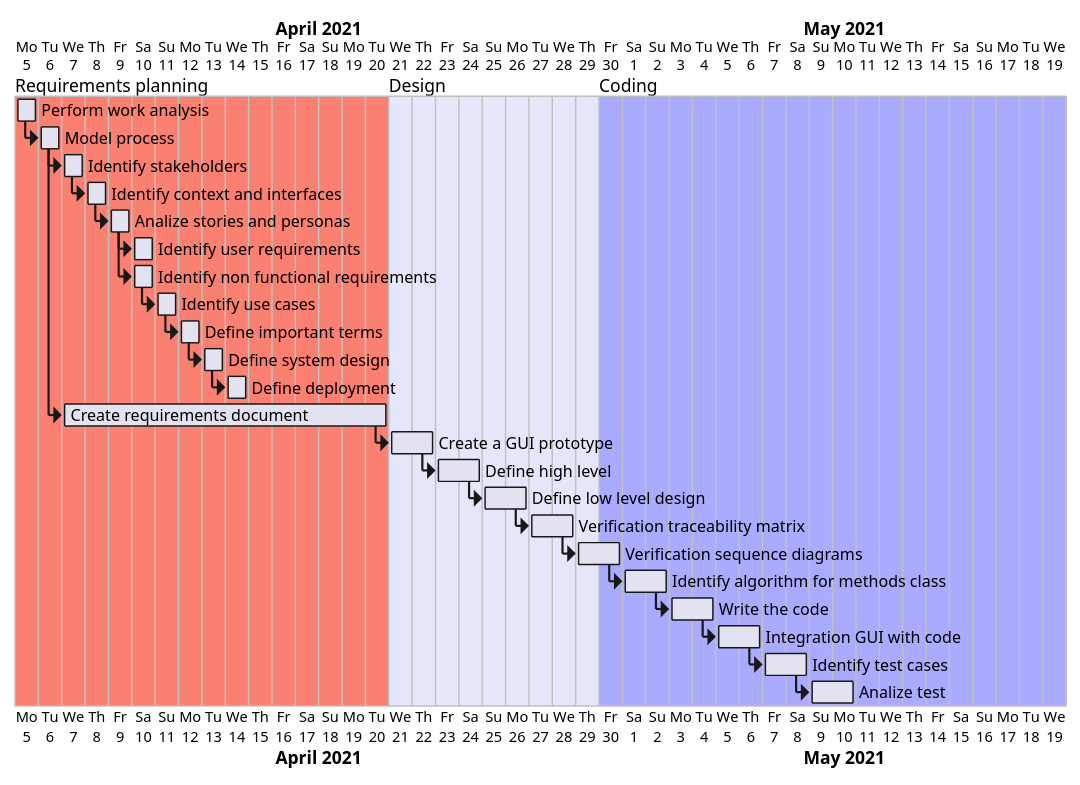
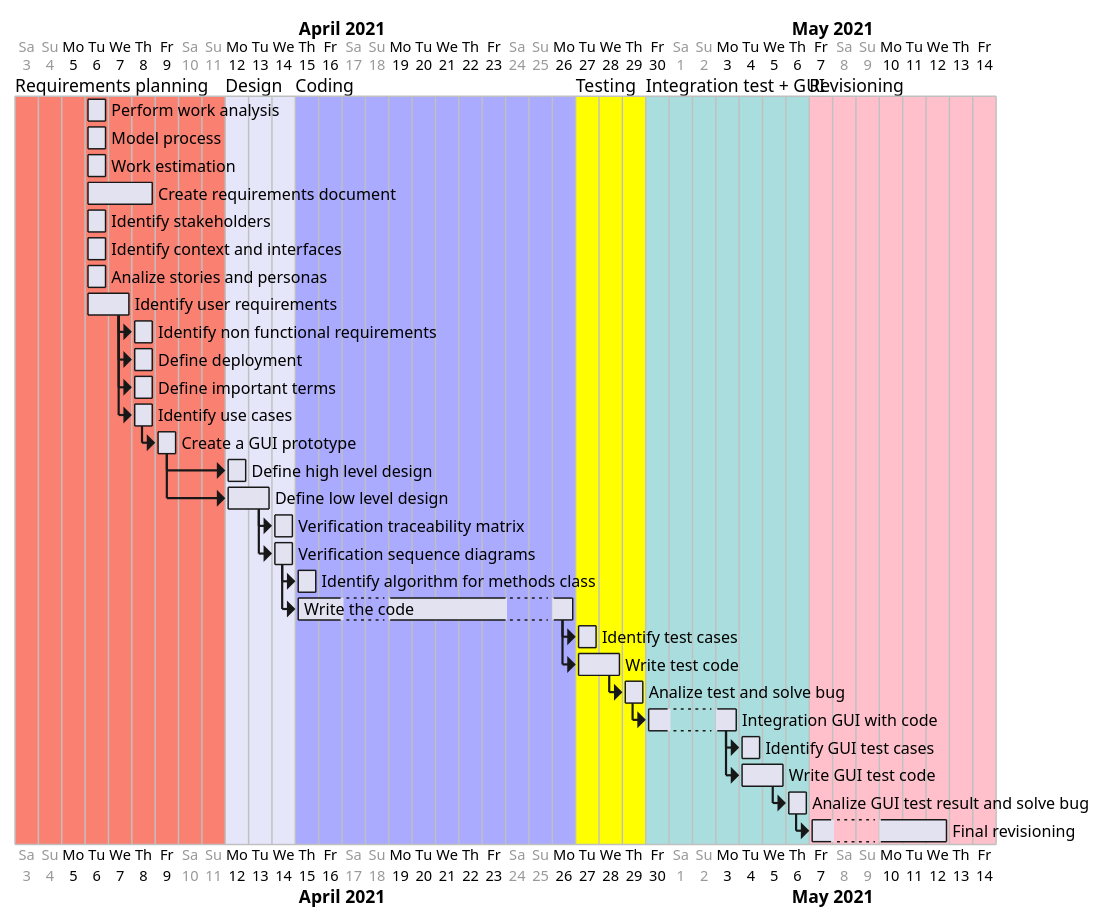
One commit to Ralls0/ezshop changed the diagram in Deliverables/gantt.wsd. Above: the diagram before and after it, drawn with PlantUML. The commit also changed 1 other file, not shown here.

Commit message:
docs: add gantt and Estimation by activity

```diff
--- a/Deliverables/gantt.wsd
+++ b/Deliverables/gantt.wsd
@@ -1,54 +1,78 @@
 @startgantt
-Project starts the 5th of april 2021
-2021-04-05 to 2021-04-21 are named [Requirements planning]
-2021-04-05 to 2021-04-21 are colored in salmon 
-2021-04-21 to 2021-04-30 are named [Design]
-2021-04-21 to 2021-04-30 are colored in Lavender
-2021-04-30 to 2021-05-19 are named [Coding]
-2021-04-30 to 2021-05-19 are colored in #AAF
+Project starts the 3th of april 2021
 
-[Perform work analysis] lasts 1 days
-[Model process] lasts 1 days
-[Identify stakeholders] lasts 1 days
-[Identify context and interfaces] lasts 1 days
-[Analize stories and personas] lasts 1 days
-[Identify user requirements] lasts 1 days
+saturday are closed
+sunday are closed
+
+2021-04-03 to 2021-04-12 are named [Requirements planning]
+2021-04-03 to 2021-04-12 are colored in salmon 
+
+2021-04-12 to 2021-04-15 are named [Design]
+2021-04-12 to 2021-04-15 are colored in Lavender
+
+2021-04-15 to 2021-04-27 are named [Coding]
+2021-04-15 to 2021-04-27 are colored in #AAF
+
+2021-04-27 to 2021-04-30 are named [Testing]
+2021-04-27 to 2021-04-30 are colored in Yellow
+
+2021-04-30 to 2021-05-07 are named [Integration test + GUI]
+2021-04-30 to 2021-05-07 are colored in #ADD
+
+2021-05-07 to 2021-05-14 are named [Revisioning]
+2021-05-07 to 2021-05-14 are colored in Pink
+
+
+[Perform work analysis] starts 2021-04-06 and lasts 1 days
+[Model process] starts 2021-04-06 and lasts 1 days
+[Work estimation] starts 2021-04-06 and lasts 1 days 
+[Create requirements document] starts 2021-04-06 and lasts 3 days
+[Identify stakeholders] starts 2021-04-06 and lasts 1 days
+[Identify context and interfaces] starts 2021-04-06 and lasts 1 days
+[Analize stories and personas] starts 2021-04-06 and lasts 1 days
+[Identify user requirements] starts 2021-04-06 and lasts 2 days
 [Identify non functional requirements] lasts 1 days
+[Define deployment] lasts 1 days
+[Define important terms] lasts 1 days
 [Identify use cases] lasts 1 days
-[Define important terms] lasts 1 days
-[Define system design] lasts 1 days
-[Define deployment] lasts 1 days
-[Create requirements document] lasts 14 days
-[Create a GUI prototype] lasts 2 days
-[Define high level] lasts 2 days
+[Create a GUI prototype] lasts 1 days
+[Define high level design]  lasts 1 days
 [Define low level design] lasts 2 days
-[Verification traceability matrix] lasts 2 days
-[Verification sequence diagrams] lasts 2 days
-[Identify algorithm for methods class] lasts 2 days
-[Write the code] lasts 2 days
+[Verification traceability matrix] lasts 1 days
+[Verification sequence diagrams] lasts 1 days
+[Identify algorithm for methods class] lasts 1 days
+[Write the code] lasts 8 days
+[Identify test cases] lasts 1 days
+[Write test code] lasts 2 days
+[Analize test and solve bug] lasts 1 days
+
 [Integration GUI with code] lasts 2 days
-[Identify test cases] lasts 2 days
-[Analize test] lasts 2 days
+[Identify GUI test cases]  lasts 1 days
+[Write GUI test code]  lasts 2 days
+[Analize GUI test result and solve bug]  lasts 1 days
 
-[Model process] starts at [Perform work analysis]'s end
-[Identify stakeholders] starts at [Model process]'s end
-[Identify context and interfaces] starts at [Identify stakeholders]'s end
-[Analize stories and personas] starts at [Identify context and interfaces]'s end
-[Identify user requirements] starts at [Analize stories and personas]'s end
-[Identify non functional requirements] starts at [Analize stories and personas]'s end
-[Identify use cases] starts at [Identify non functional requirements]'s end
-[Define important terms] starts at [Identify use cases]'s end
-[Define system design] starts at [Define important terms]'s end
-[Define deployment] starts at [Define system design]'s end
-[Create requirements document] starts at [Model process]'s end
-[Create a GUI prototype] starts at [Create requirements document]'s end
-[Define high level] starts at [Create a GUI prototype]'s end
-[Define low level design] starts at [Define high level]'s end
+[Final revisioning] lasts 4 days
+
+
+[Identify non functional requirements] starts at [Identify user requirements]'s end
+[Identify use cases] starts at [Identify user requirements]'s end
+[Define important terms] starts at [Identify user requirements]'s end
+[Define deployment] starts at [Identify user requirements]'s end
+[Create a GUI prototype] starts at [Identify use cases]'s end
+
+[Define high level design] starts at [Create a GUI prototype]'s end
+[Define low level design] starts at [Create a GUI prototype]'s end
 [Verification traceability matrix] starts at [Define low level design]'s end
-[Verification sequence diagrams] starts at [Verification traceability matrix]'s end
+[Verification sequence diagrams] starts at [Define low level design]'s end
 [Identify algorithm for methods class] starts at [Verification sequence diagrams]'s end
-[Write the code] starts at [Identify algorithm for methods class]'s end
-[Integration GUI with code] starts at [Write the code]'s end
-[Identify test cases] starts at [Integration GUI with code]'s end
-[Analize test] starts at [Identify test cases]'s end
+[Write the code] starts at [Verification sequence diagrams]'s end
+[Identify test cases] starts at [Write the code]'s end
+[Write test code] starts at [Write the code]'s end
+[Analize test and solve bug] starts at [Write test code]'s end
+
+[Integration GUI with code] starts at [Analize test and solve bug]'s end
+[Identify GUI test cases] starts at [Integration GUI with code]'s end
+[Write GUI test code] starts at [Integration GUI with code]'s end
+[Analize GUI test result and solve bug] starts at [Write GUI test code]'s end
+[Final revisioning] starts at [Analize GUI test result and solve bug]'s end
 @endgantt
```
